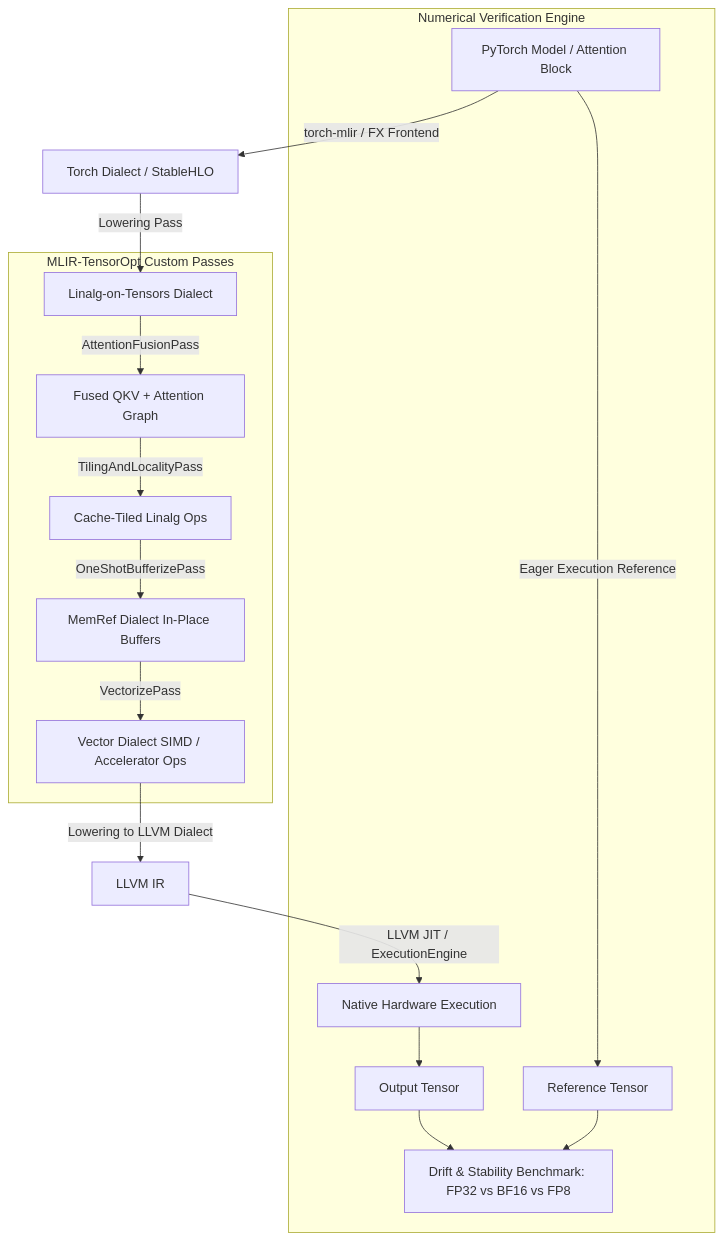
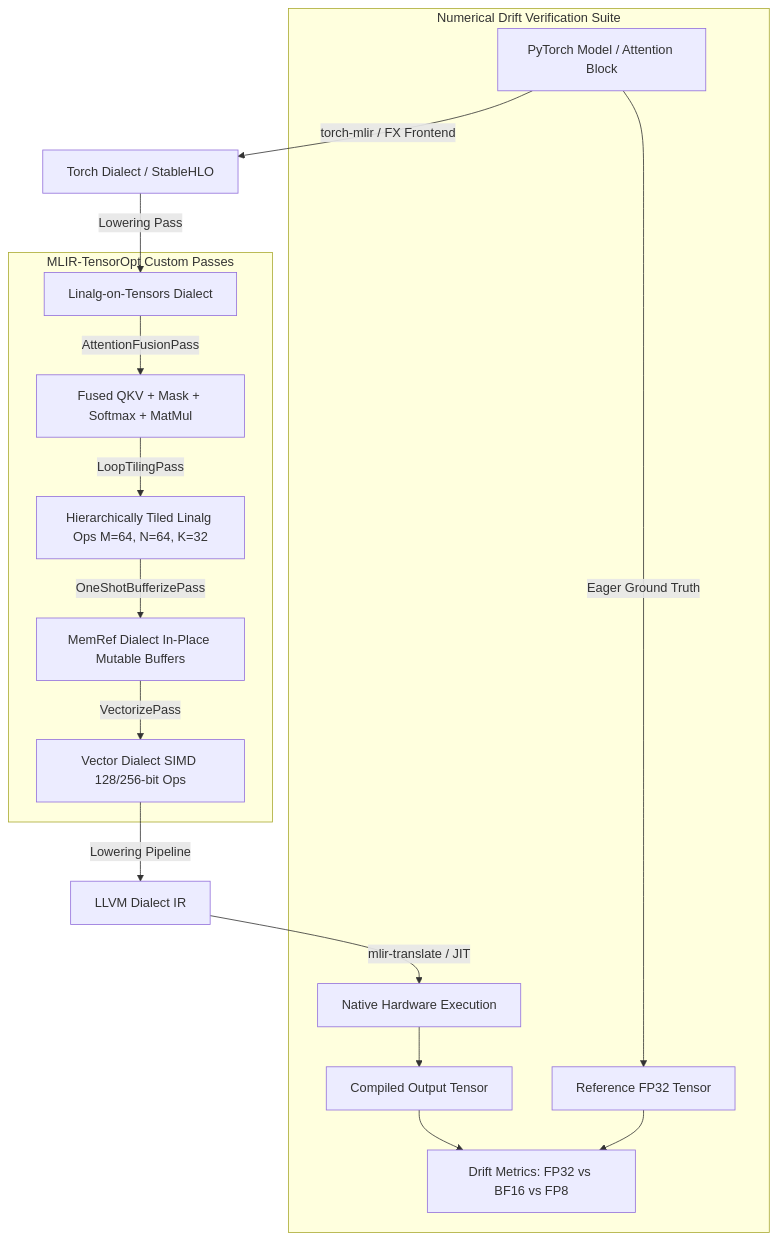
One commit to kaushalnandaniya/MLIR-TensorOpt changed the diagram in README.md. Above: the diagram before and after it, drawn with Mermaid. The commit also changed other lines of this file and 10 other files, not shown here.

Commit message:
feat: enhance CLI pass options, attention MLIR tests, benchmark harness & comprehensive README

````diff
--- a/README.md
+++ b/README.md
@@ -26,21 +28,21 @@
 ```mermaid
 graph TD
     A[PyTorch Model / Attention Block] -->|torch-mlir / FX Frontend| B[Torch Dialect / StableHLO]
     B -->|Lowering Pass| C[Linalg-on-Tensors Dialect]
     
     subgraph Optimization Pipeline [MLIR-TensorOpt Custom Passes]
-        C -->|AttentionFusionPass| D[Fused QKV + Attention Graph]
-        D -->|TilingAndLocalityPass| E[Cache-Tiled Linalg Ops]
-        E -->|OneShotBufferizePass| F[MemRef Dialect In-Place Buffers]
-        F -->|VectorizePass| G[Vector Dialect SIMD / Accelerator Ops]
+        C -->|AttentionFusionPass| D[Fused QKV + Mask + Softmax + MatMul]
+        D -->|LoopTilingPass| E[Hierarchically Tiled Linalg Ops M=64, N=64, K=32]
+        E -->|OneShotBufferizePass| F[MemRef Dialect In-Place Mutable Buffers]
+        F -->|VectorizePass| G[Vector Dialect SIMD 128/256-bit Ops]
     end
     
-    G -->|Lowering to LLVM Dialect| H[LLVM IR]
-    H -->|LLVM JIT / ExecutionEngine| I[Native Hardware Execution]
+    G -->|Lowering Pipeline| H[LLVM Dialect IR]
+    H -->|mlir-translate / JIT| I[Native Hardware Execution]
     
-    subgraph Numerical Verification Engine
-        I --> J[Output Tensor]
-        A -->|Eager Execution Reference| K[Reference Tensor]
-        J & K --> L[Drift & Stability Benchmark: FP32 vs BF16 vs FP8]
+    subgraph Numerical Drift Verification Suite
+        I --> J[Compiled Output Tensor]
+        A -->|Eager Ground Truth| K[Reference FP32 Tensor]
+        J & K --> L[Drift Metrics: FP32 vs BF16 vs FP8]
     end
 ```
````
